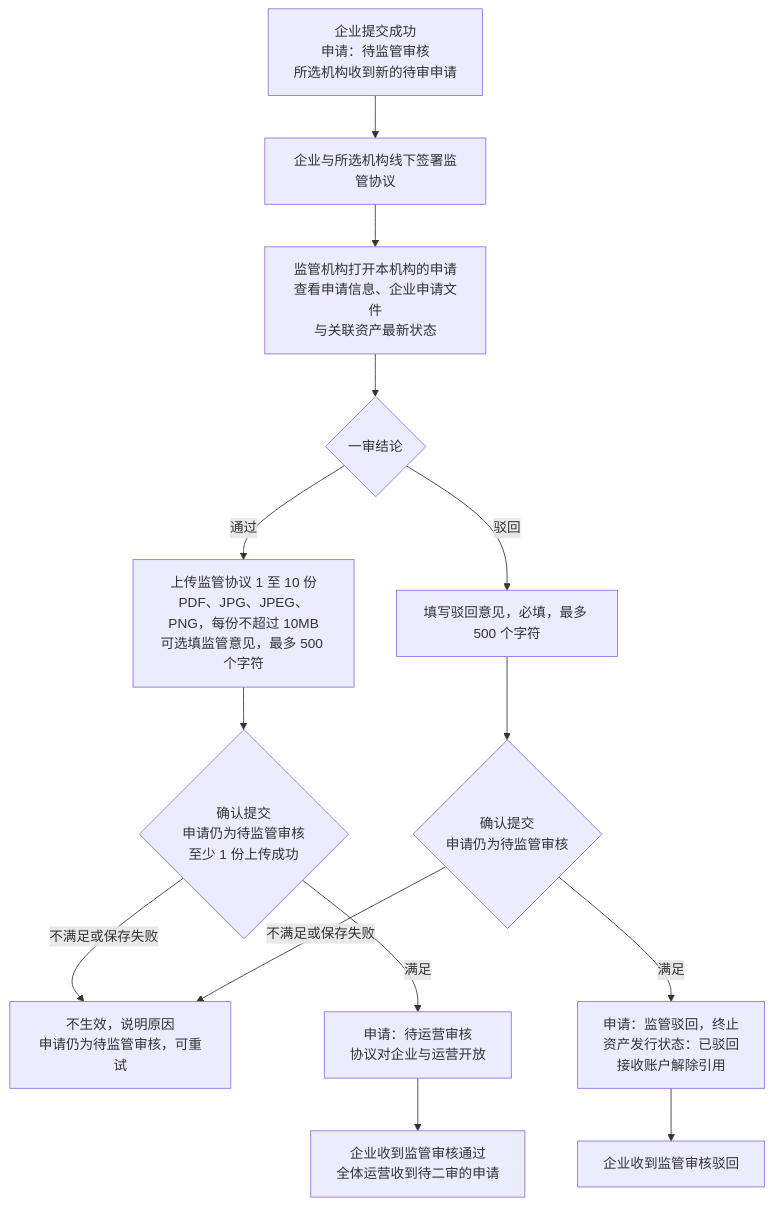
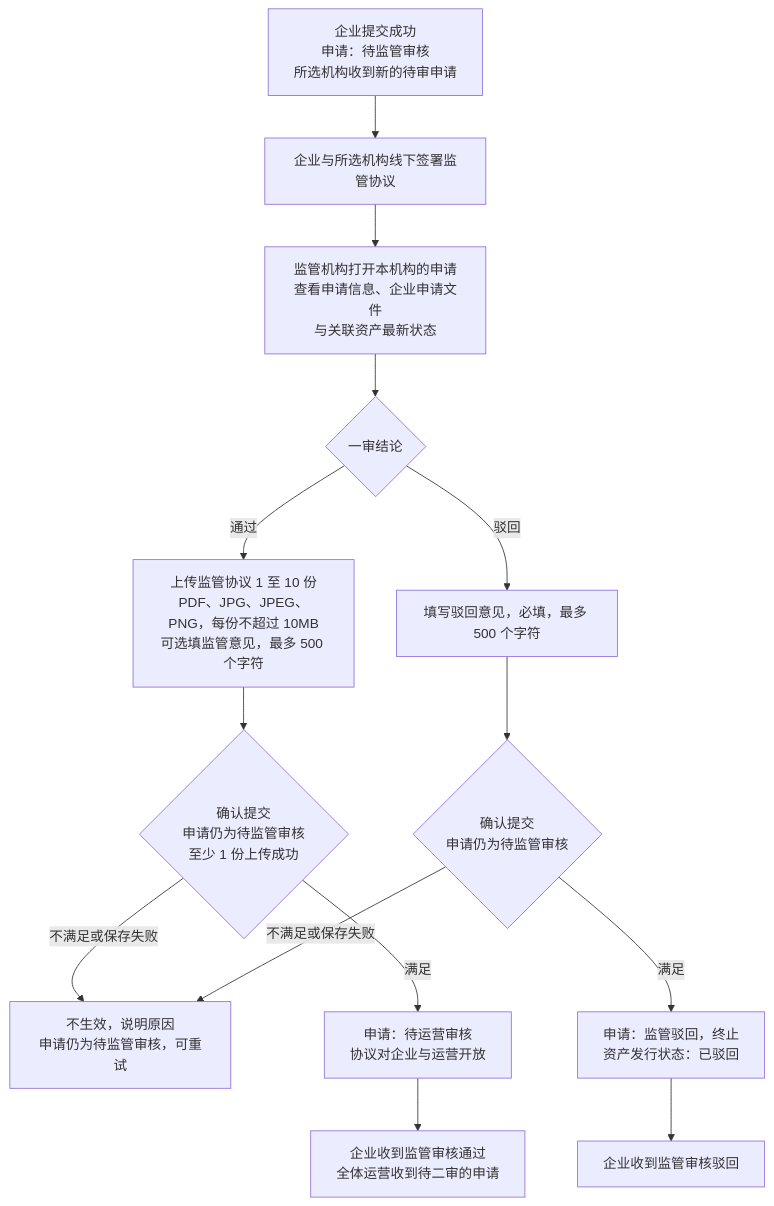
One commit to wxblockchain/Chain-Financing changed the first of 4 diagrams in token-issuance-platform/PRD/管理端/M3b-代币发行-审核与铸造/02-代币发行-审核与铸造-流程图与状态机.md. Above: the diagram before and after it, drawn with Mermaid. The commit also changed other lines of this file and 18 other files, not shown here.

````diff
--- a/token-issuance-platform/PRD/管理端/M3b-代币发行-审核与铸造/02-代币发行-审核与铸造-流程图与状态机.md
+++ b/token-issuance-platform/PRD/管理端/M3b-代币发行-审核与铸造/02-代币发行-审核与铸造-流程图与状态机.md
@@ -17,16 +17,16 @@
 ```mermaid
 flowchart TD
     A[企业提交成功<br/>申请：待监管审核<br/>所选机构收到新的待审申请] --> B[企业与所选机构线下签署监管协议]
     B --> C[监管机构打开本机构的申请<br/>查看申请信息、企业申请文件<br/>与关联资产最新状态]
     C --> D{一审结论}
     D -->|通过| E[上传监管协议 1 至 10 份<br/>PDF、JPG、JPEG、PNG，每份不超过 10MB<br/>可选填监管意见，最多 500 个字符]
     E --> F{确认提交<br/>申请仍为待监管审核<br/>至少 1 份上传成功}
     F -->|不满足或保存失败| F1[不生效，说明原因<br/>申请仍为待监管审核，可重试]
     F -->|满足| G[申请：待运营审核<br/>协议对企业与运营开放]
     G --> G1[企业收到监管审核通过<br/>全体运营收到待二审的申请]
     D -->|驳回| H[填写驳回意见，必填，最多 500 个字符]
     H --> I{确认提交<br/>申请仍为待监管审核}
     I -->|不满足或保存失败| F1
-    I -->|满足| J[申请：监管驳回，终止<br/>资产发行状态：已驳回<br/>接收账户解除引用]
+    I -->|满足| J[申请：监管驳回，终止<br/>资产发行状态：已驳回]
     J --> J1[企业收到监管审核驳回]
 ```
````
